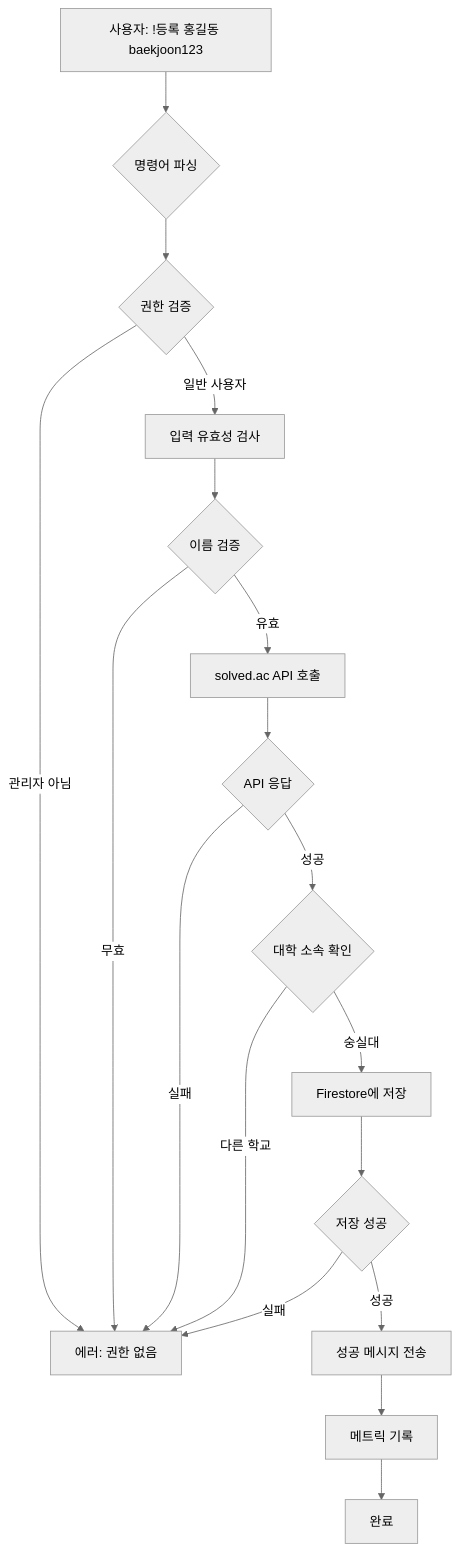
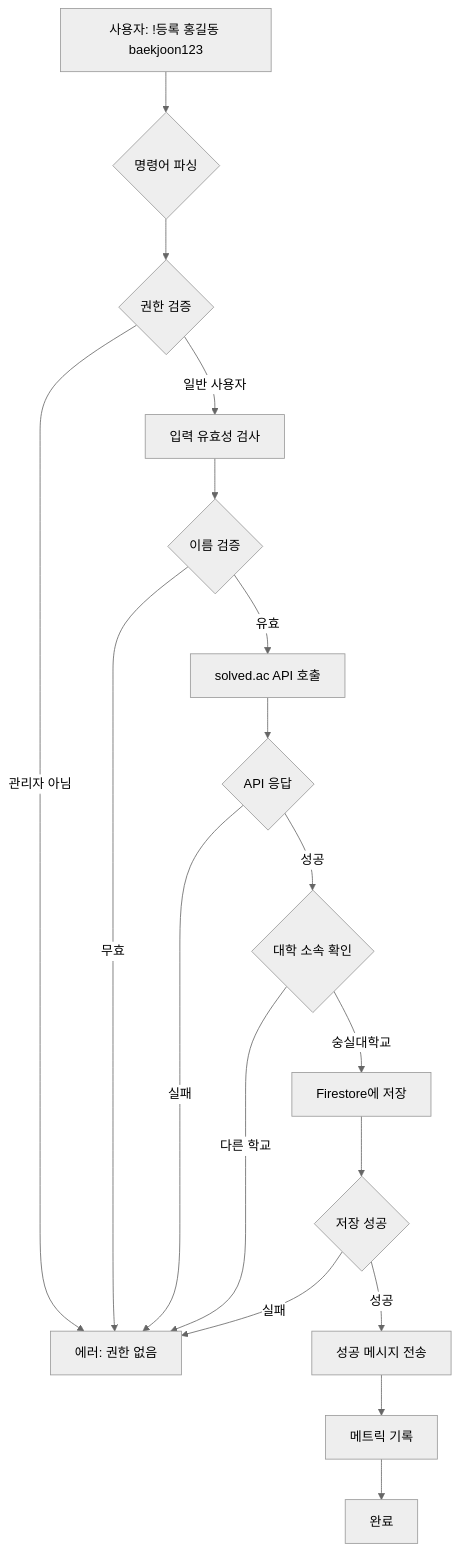
One commit to ssugameworks/kkemi changed the fifth of 8 diagrams in ARCHITECTURE.md. Above: the diagram before and after it, drawn with Mermaid (neutral theme). The commit also changed other lines of this file, not shown here.

````diff
--- a/ARCHITECTURE.md
+++ b/ARCHITECTURE.md
@@ -319,25 +319,25 @@
 ```mermaid
 flowchart TD
     A[사용자: !등록 홍길동 baekjoon123] --> B{명령어 파싱}
     B --> C{권한 검증}
     C -->|일반 사용자| D[입력 유효성 검사]
     C -->|관리자 아님| Z[에러: 권한 없음]
 
     D --> E{이름 검증}
     E -->|유효| F[solved.ac API 호출]
     E -->|무효| Z
 
     F --> G{API 응답}
     G -->|성공| H{대학 소속 확인}
     G -->|실패| Z
 
-    H -->|숭실대| I[Firestore에 저장]
+    H -->|숭실대학교| I[Firestore에 저장]
     H -->|다른 학교| Z
 
     I --> J{저장 성공}
     J -->|성공| K[성공 메시지 전송]
     J -->|실패| Z
 
     K --> L[메트릭 기록]
     L --> M[완료]
 ```
````
